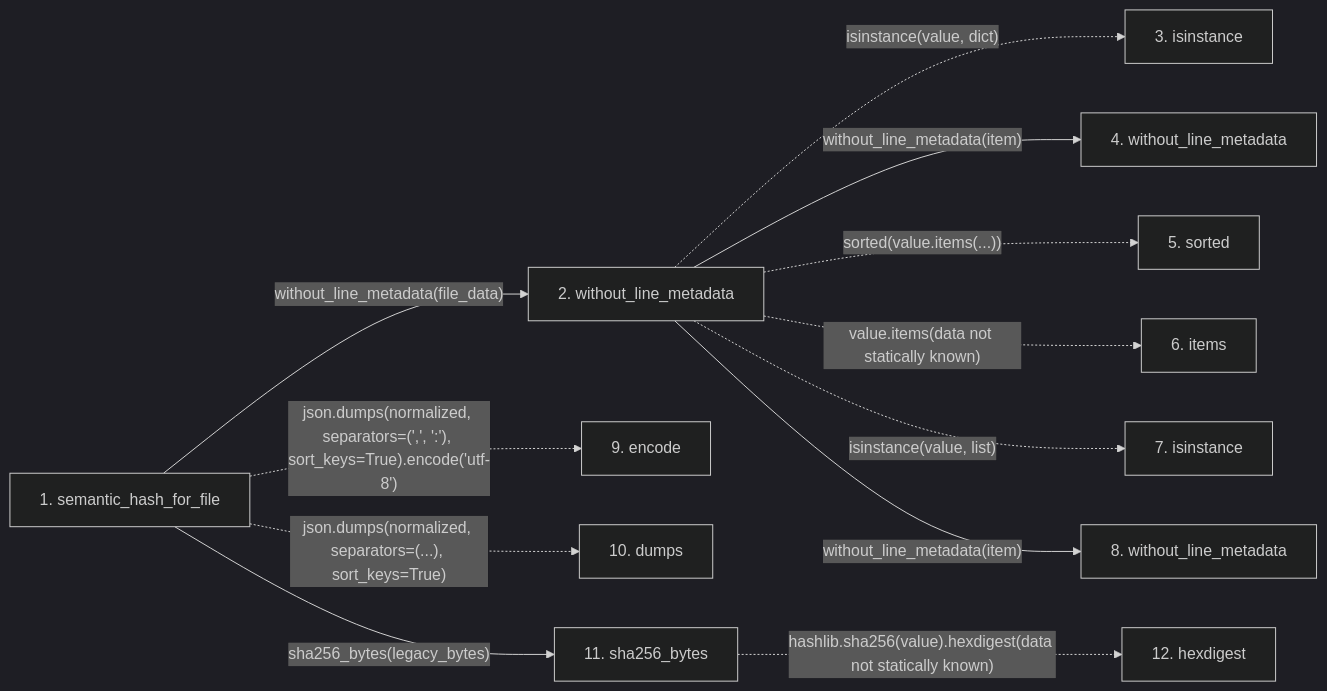
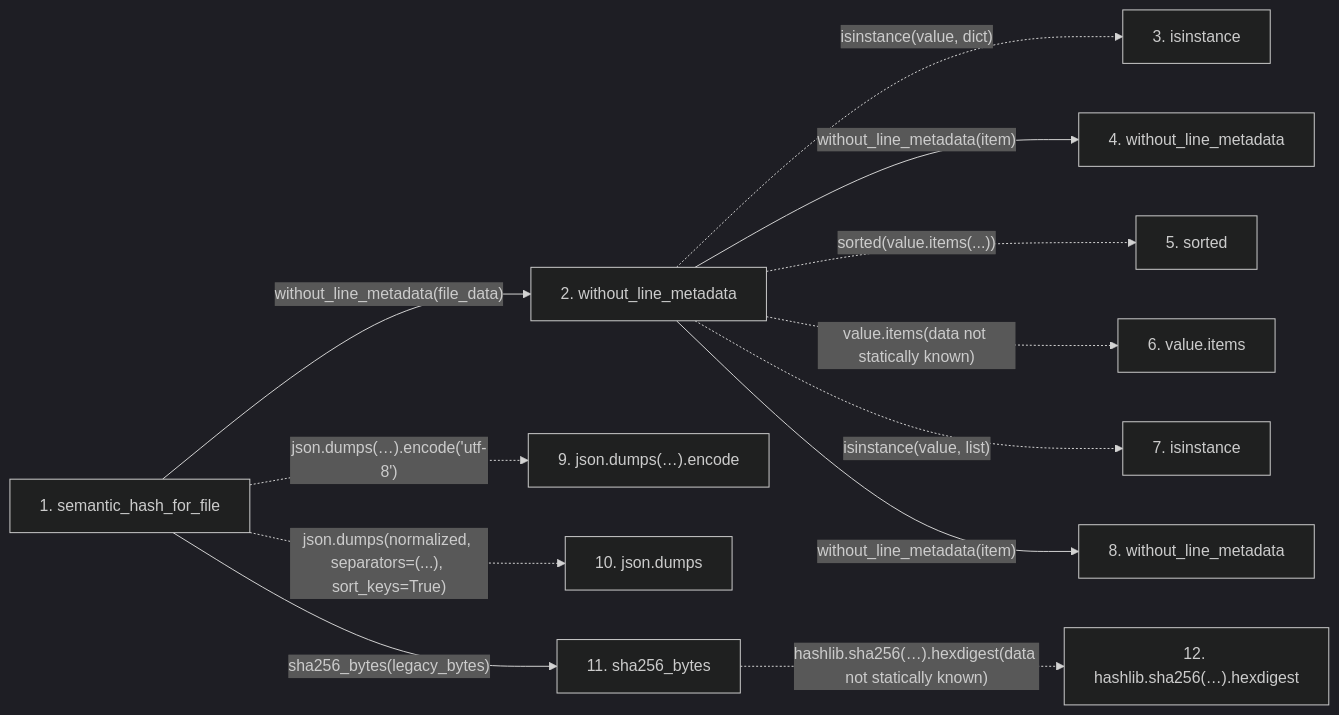
One commit to Denissvgn/python-wiki-llm changed the second of 2 diagrams in docs/llm_wiki/flows/api-semantic_hash_for_file.md. Above: the diagram before and after it, drawn with Mermaid (dark theme). The commit also changed other lines of this file and 719 other files, not shown here.

````diff
--- a/docs/llm_wiki/flows/api-semantic_hash_for_file.md
+++ b/docs/llm_wiki/flows/api-semantic_hash_for_file.md
@@ -39,31 +39,31 @@
 ```mermaid
 flowchart LR
     s1["1. semantic_hash_for_file"]
     s2["2. without_line_metadata"]
     s3["3. isinstance"]
     s4["4. without_line_metadata"]
     s5["5. sorted"]
-    s6["6. items"]
+    s6["6. value.items"]
     s7["7. isinstance"]
     s8["8. without_line_metadata"]
-    s9["9. encode"]
-    s10["10. dumps"]
+    s9["9. json.dumps(…).encode"]
+    s10["10. json.dumps"]
     s11["11. sha256_bytes"]
-    s12["12. hexdigest"]
+    s12["12. hashlib.sha256(…).hexdigest"]
     s1 -->|"without_line_metadata(file_data)"| s2
     s2 -. "isinstance(value, dict)" .-> s3
     s2 -->|"without_line_metadata(item)"| s4
     s2 -. "sorted(value.items(...))" .-> s5
     s2 -. "value.items(data not statically known)" .-> s6
     s2 -. "isinstance(value, list)" .-> s7
     s2 -->|"without_line_metadata(item)"| s8
-    s1 -. "json.dumps(normalized, separators=(',', ':'), sort_keys=True).encode('utf-8')" .-> s9
+    s1 -. "json.dumps(…).encode('utf-8')" .-> s9
     s1 -. "json.dumps(normalized, separators=(...), sort_keys=True)" .-> s10
     s1 -->|"sha256_bytes(legacy_bytes)"| s11
-    s11 -. "hashlib.sha256(value).hexdigest(data not statically known)" .-> s12
+    s11 -. "hashlib.sha256(…).hexdigest(data not statically known)" .-> s12
     click s1 "../modules/knowledge_evidence.md"
     click s2 "../modules/knowledge_evidence.md"
     click s4 "../modules/knowledge_evidence.md"
     click s8 "../modules/knowledge_evidence.md"
     click s11 "../modules/knowledge_evidence.md"
 ```
````
